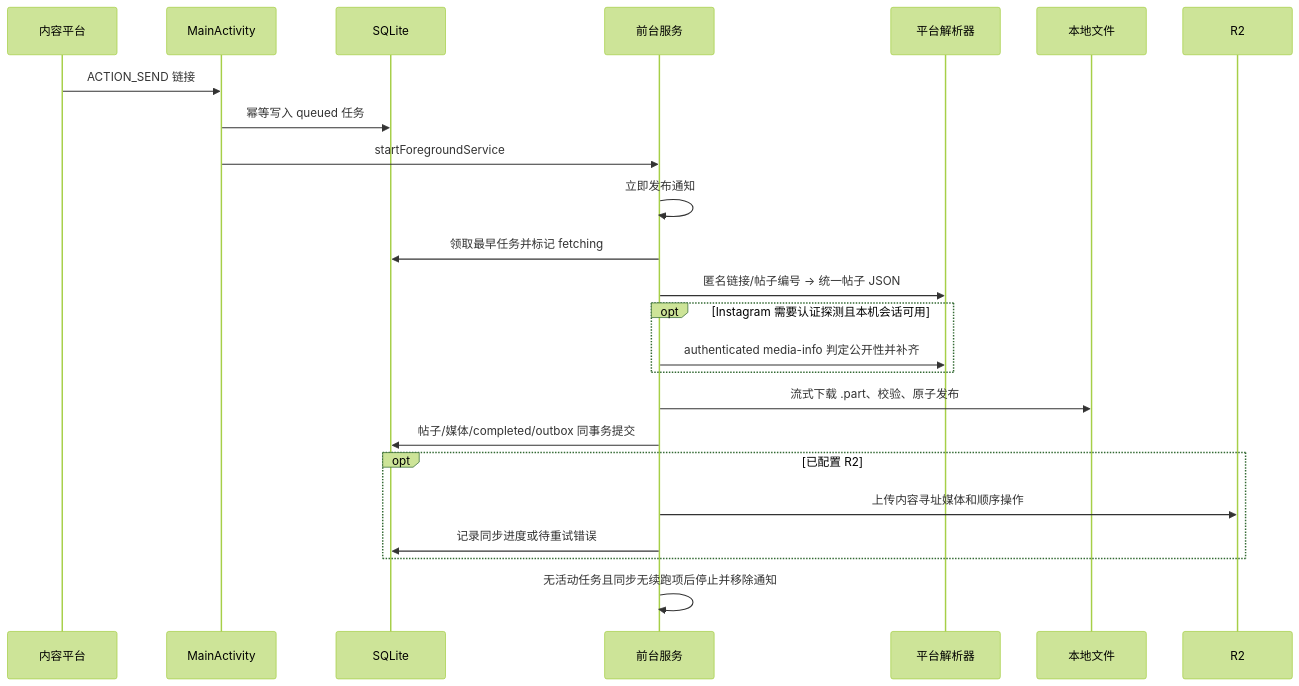
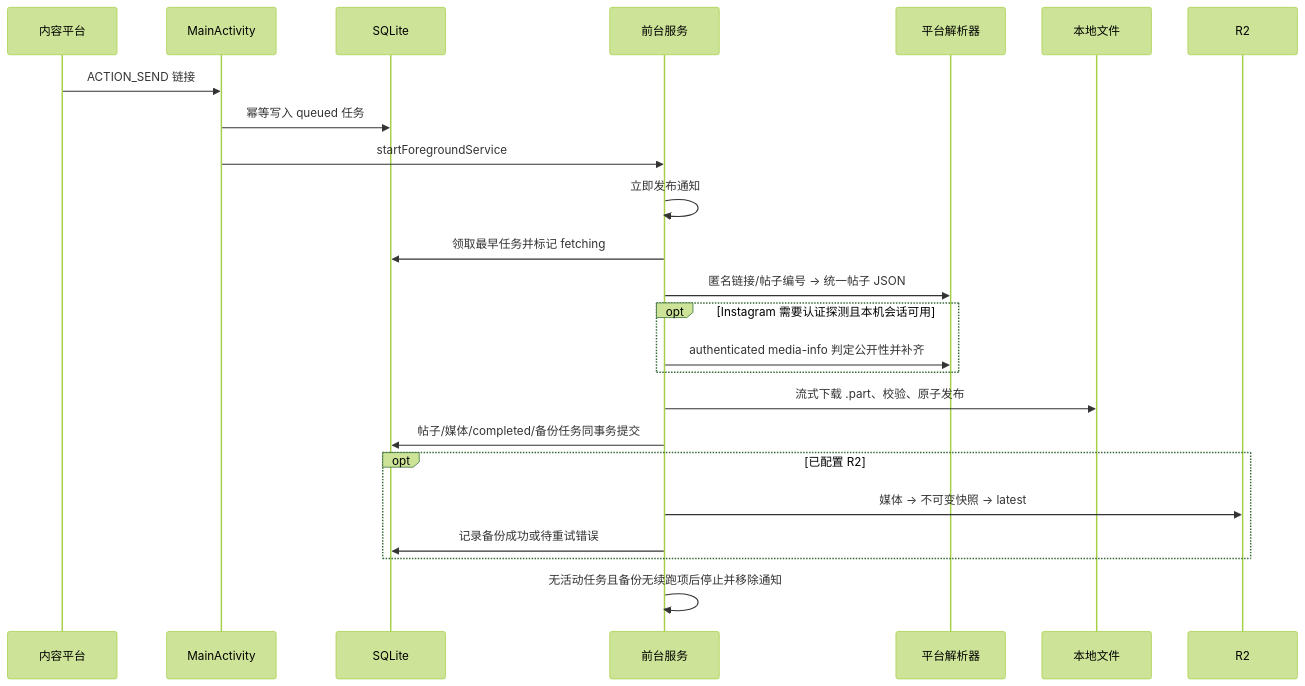
One commit to arsenalxj/PhotoBook changed the second of 2 diagrams in docs/architecture-plan.md. Above: the diagram before and after it, drawn with Mermaid (forest theme). The commit also changed other lines of this file and 51 other files, not shown here.

````diff
--- a/docs/architecture-plan.md
+++ b/docs/architecture-plan.md
@@ -55,27 +54,27 @@
 ```mermaid
 sequenceDiagram
     participant I as 内容平台
     participant A as MainActivity
     participant D as SQLite
     participant S as 前台服务
     participant P as 平台解析器
     participant F as 本地文件
     participant R as R2
 
     I->>A: ACTION_SEND 链接
     A->>D: 幂等写入 queued 任务
     A->>S: startForegroundService
     S->>S: 立即发布通知
     S->>D: 领取最早任务并标记 fetching
     S->>P: 匿名链接/帖子编号 -> 统一帖子 JSON
     opt Instagram 需要认证探测且本机会话可用
         S->>P: authenticated media-info 判定公开性并补齐
     end
     S->>F: 流式下载 .part、校验、原子发布
-    S->>D: 帖子/媒体/completed/outbox 同事务提交
+    S->>D: 帖子/媒体/completed/备份任务同事务提交
     opt 已配置 R2
-        S->>R: 上传内容寻址媒体和顺序操作
-        S->>D: 记录同步进度或待重试错误
+        S->>R: 媒体 -> 不可变快照 -> latest
+        S->>D: 记录备份成功或待重试错误
     end
-    S->>S: 无活动任务且同步无续跑项后停止并移除通知
+    S->>S: 无活动任务且备份无续跑项后停止并移除通知
 ```
````
